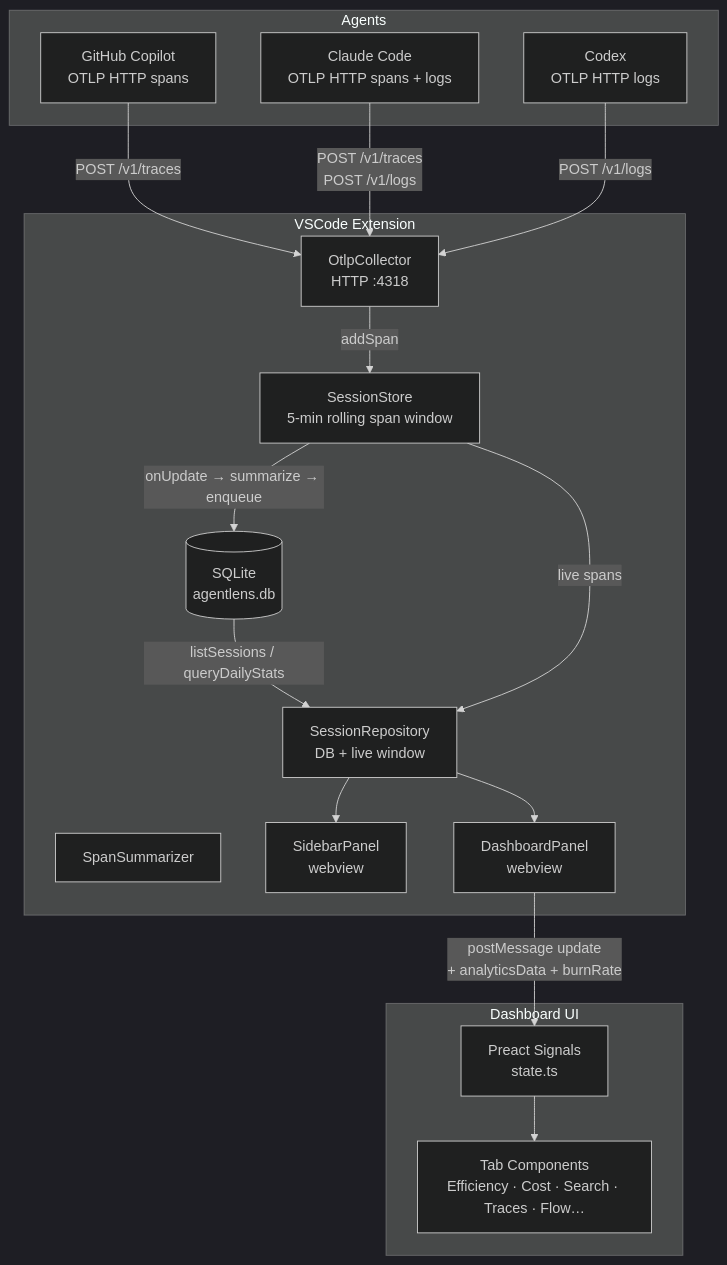
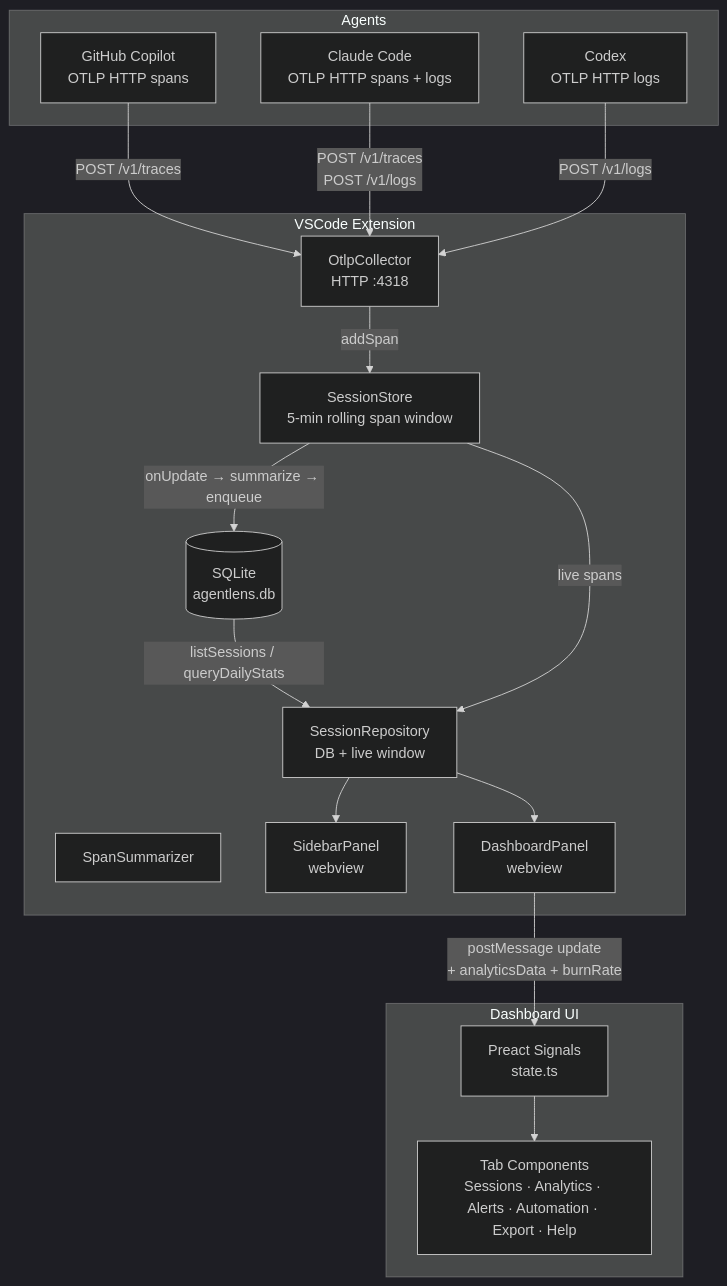
Before and after one commit to RogerReed/agentlens: the first of 18 diagrams in ARCHITECTURE.md, drawn with Mermaid (dark theme). The commit also changed other lines of this file, not shown here.

First line of the commit message:
docs: update ARCHITECTURE.md to reflect current codebase

````diff
--- a/ARCHITECTURE.md
+++ b/ARCHITECTURE.md
@@ -26,37 +26,37 @@
 ```mermaid
 graph TB
     subgraph Agents
         CP[GitHub Copilot<br/>OTLP HTTP spans]
         CC[Claude Code<br/>OTLP HTTP spans + logs]
         CX[Codex<br/>OTLP HTTP logs]
     end
 
     subgraph VSCode Extension
         COL[OtlpCollector<br/>HTTP :4318]
         STO[SessionStore<br/>5-min rolling span window]
         SUM[SpanSummarizer]
         DB[(SQLite<br/>agentlens.db)]
         REPO[SessionRepository<br/>DB + live window]
         SID[SidebarPanel<br/>webview]
         DASH[DashboardPanel<br/>webview]
     end
 
     subgraph Dashboard UI
         STATE[Preact Signals<br/>state.ts]
-        TABS[Tab Components<br/>Efficiency · Cost · Search · Traces · Flow…]
+        TABS[Tab Components<br/>Sessions · Analytics · Alerts · Automation · Export · Help]
     end
 
     CP -- "POST /v1/traces" --> COL
     CC -- "POST /v1/traces<br/>POST /v1/logs" --> COL
     CX -- "POST /v1/logs" --> COL
 
     COL -- addSpan --> STO
     STO -- onUpdate → summarize → enqueue --> DB
     DB -- listSessions / queryDailyStats --> REPO
     STO -- live spans --> REPO
     REPO --> SID
     REPO --> DASH
 
     DASH -- "postMessage update<br/>+ analyticsData + burnRate" --> STATE
     STATE --> TABS
 ```
````
